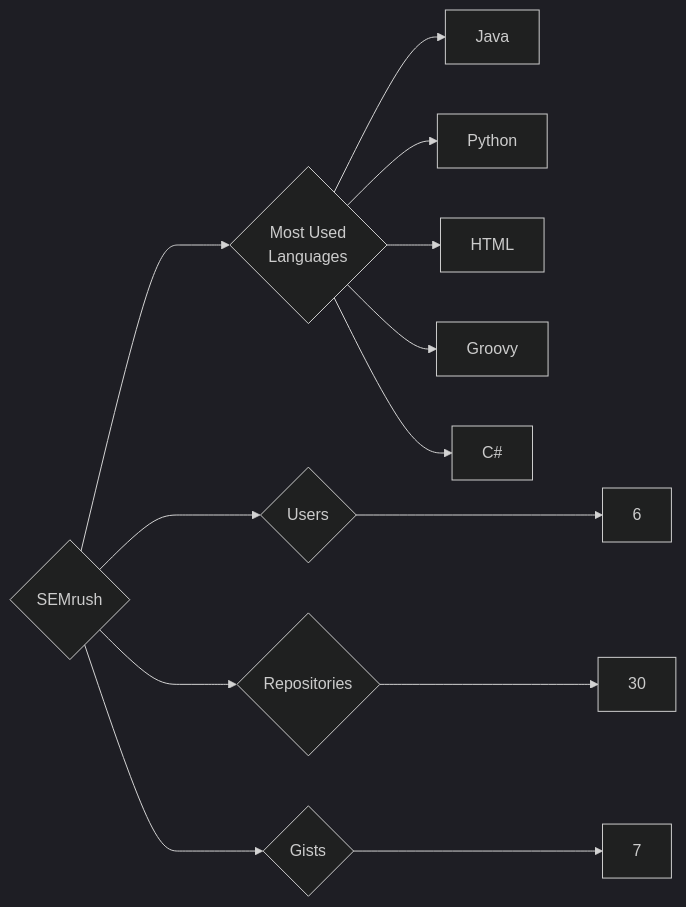
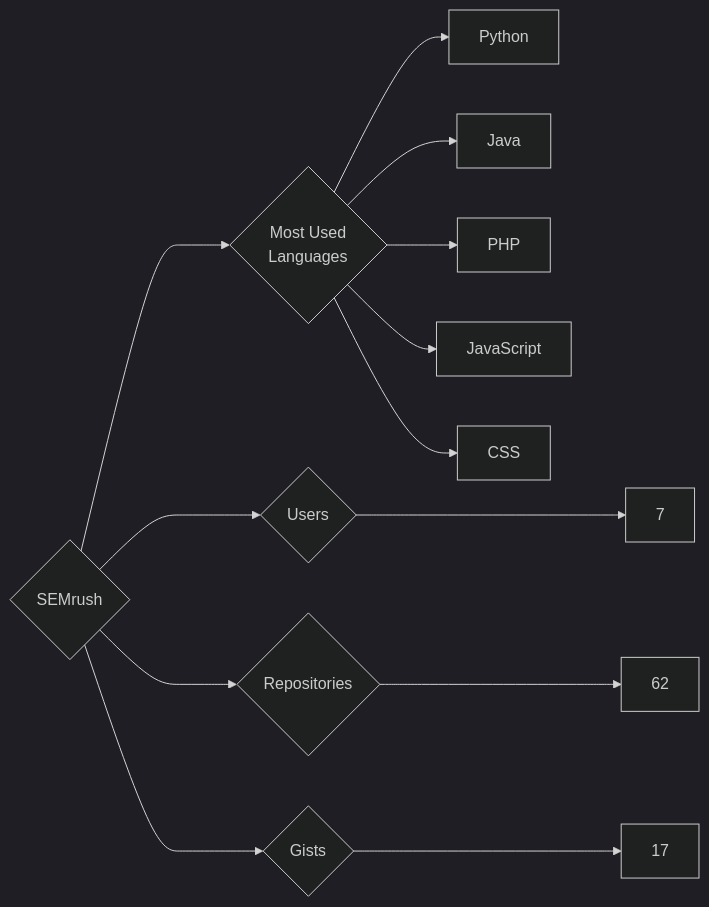
The diagram in targets/SEMrush/README.md (trickest/insiders), drawn with Mermaid (dark theme) before and after one commit. The commit also changed 928 other files, not shown here.

````diff
--- a/targets/SEMrush/README.md
+++ b/targets/SEMrush/README.md
@@ -3,13 +3,13 @@
 ```mermaid
 graph LR
 COMPANY_NAME{SEMrush}
-COMPANY_NAME ---> U{Users} ---> UN[6]
-COMPANY_NAME ---> R{Repositories} ---> RN[30]
-COMPANY_NAME ---> G{Gists} ---> GN[7]
+COMPANY_NAME ---> U{Users} ---> UN[7]
+COMPANY_NAME ---> R{Repositories} ---> RN[62]
+COMPANY_NAME ---> G{Gists} ---> GN[17]
 COMPANY_NAME ---> ML{Most Used<br>Languages}
+ML --> Python[Python]
 ML --> Java[Java]
-ML --> Python[Python]
-ML --> HTML[HTML]
-ML --> Groovy[Groovy]
-ML --> C#[C#]
+ML --> PHP[PHP]
+ML --> JavaScript[JavaScript]
+ML --> CSS[CSS]
 ```
````
